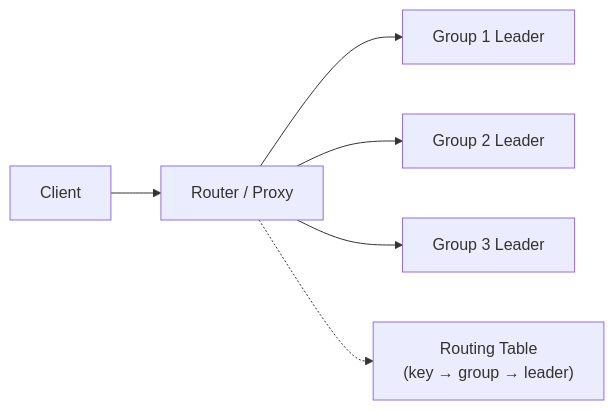
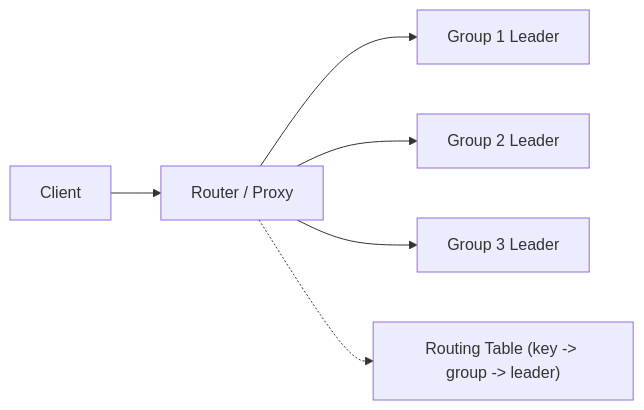
One commit to bmscomp/raft changed the third of 4 diagrams in docs/book/21-multi-raft-groups.md. Above: the diagram before and after it, drawn with Mermaid. The commit also changed other lines of this file and 38 other files, not shown here.

First line of the commit message:
docs: replace ASCII art with Mermaid diagrams across book and tutorials

````diff
--- a/docs/book/21-multi-raft-groups.md
+++ b/docs/book/21-multi-raft-groups.md
@@ -107,10 +107,10 @@
 ```mermaid
 flowchart LR
     C["Client"] --> R["Router / Proxy"]
     R --> G1["Group 1 Leader"]
     R --> G2["Group 2 Leader"]
     R --> G3["Group 3 Leader"]
 
-    RT["Routing Table\n(key → group → leader)"]
+    RT["Routing Table (key -> group -> leader)"]
     R -.-> RT
 ```
````
